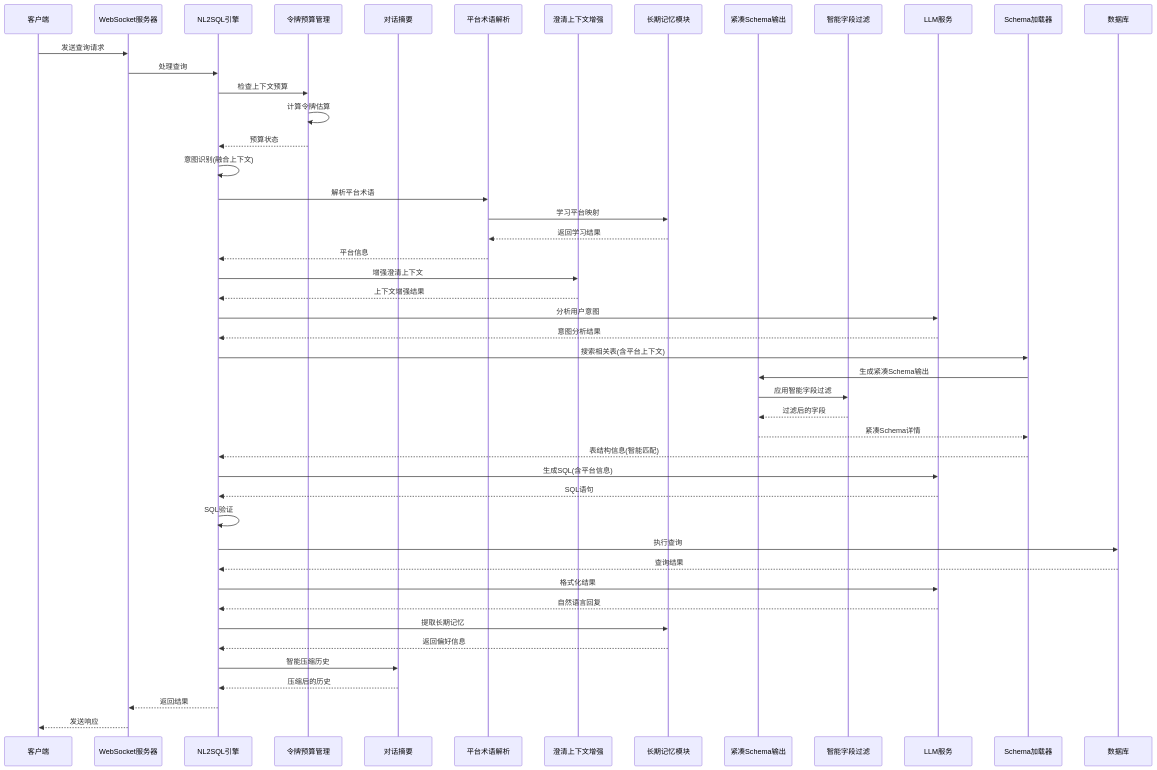
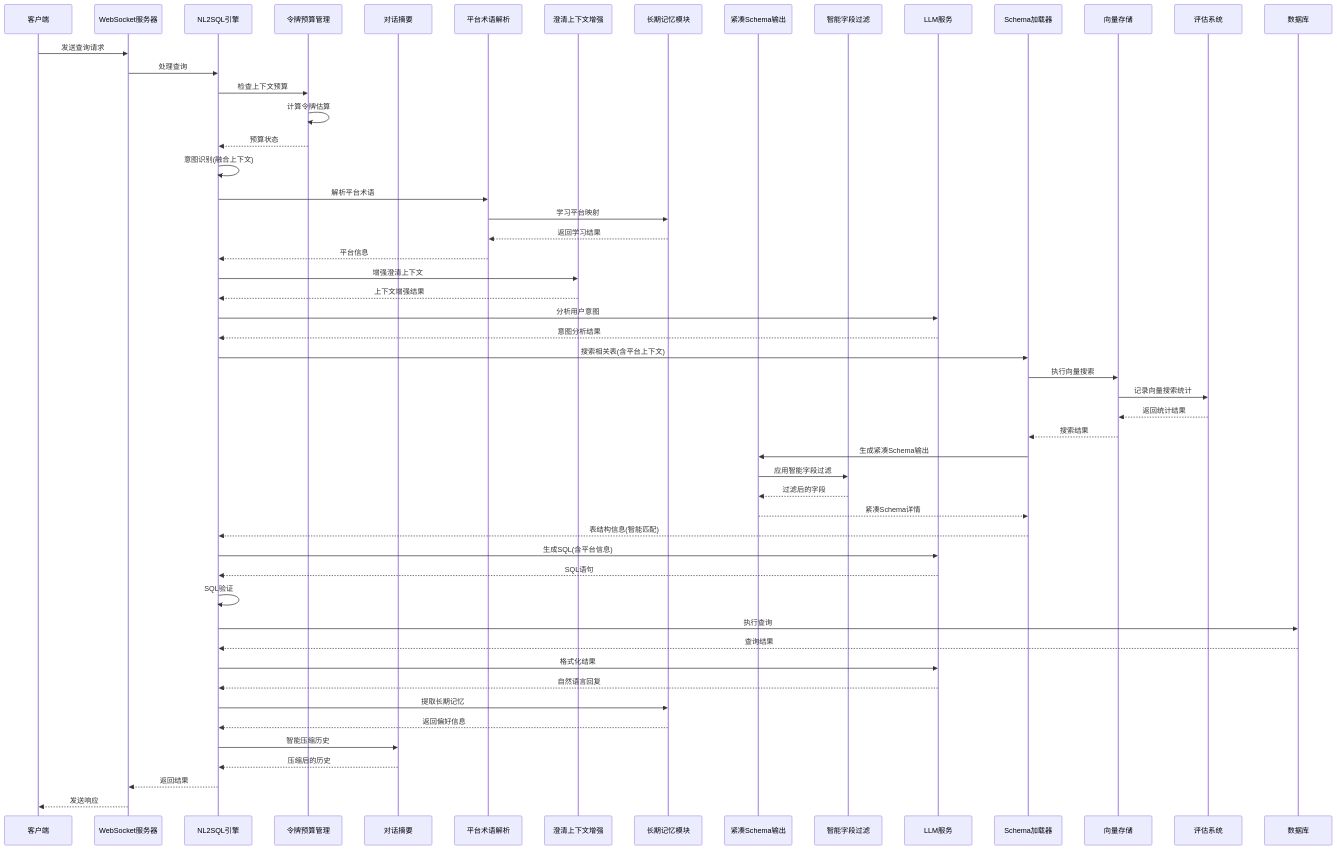
One commit to HanHuiOnLine/724-office changed the third of 32 diagrams in .qoder/repowiki/zh/content/核心模块详解/NL2SQL自然语言到SQL系统/NL2SQL自然语言到SQL系统.md. Above: the diagram before and after it, drawn with Mermaid. The commit also changed other lines of this file and 200 other files, not shown here.

````diff
--- a/.qoder/repowiki/zh/content/核心模块详解/NL2SQL自然语言到SQL系统/NL2SQL自然语言到SQL系统.md
+++ b/.qoder/repowiki/zh/content/核心模块详解/NL2SQL自然语言到SQL系统/NL2SQL自然语言到SQL系统.md
@@ -342,49 +382,55 @@
 ```mermaid
 sequenceDiagram
 participant Client as 客户端
 participant WS as WebSocket服务器
 participant Engine as NL2SQL引擎
 participant Budget as 令牌预算管理
 participant Summarize as 对话摘要
 participant Platform as 平台术语解析
 participant Context as 澄清上下文增强
 participant Memory as 长期记忆模块
 participant CompactSchema as 紧凑Schema输出
 participant FieldFilter as 智能字段过滤
 participant LLM as LLM服务
 participant Schema as Schema加载器
+participant Vector as 向量存储
+participant Eval as 评估系统
 participant DB as 数据库
 Client->>WS : 发送查询请求
 WS->>Engine : 处理查询
 Engine->>Budget : 检查上下文预算
 Budget->>Budget : 计算令牌估算
 Budget-->>Engine : 预算状态
 Engine->>Engine : 意图识别(融合上下文)
 Engine->>Platform : 解析平台术语
 Platform->>Memory : 学习平台映射
 Memory-->>Platform : 返回学习结果
 Platform-->>Engine : 平台信息
 Engine->>Context : 增强澄清上下文
 Context-->>Engine : 上下文增强结果
 Engine->>LLM : 分析用户意图
 LLM-->>Engine : 意图分析结果
 Engine->>Schema : 搜索相关表(含平台上下文)
+Schema->>Vector : 执行向量搜索
+Vector->>Eval : 记录向量搜索统计
+Eval-->>Vector : 返回统计结果
+Vector-->>Schema : 搜索结果
 Schema->>CompactSchema : 生成紧凑Schema输出
 CompactSchema->>FieldFilter : 应用智能字段过滤
 FieldFilter-->>CompactSchema : 过滤后的字段
 CompactSchema-->>Schema : 紧凑Schema详情
 Schema-->>Engine : 表结构信息(智能匹配)
 Engine->>LLM : 生成SQL(含平台信息)
 LLM-->>Engine : SQL语句
 Engine->>Engine : SQL验证
 Engine->>DB : 执行查询
 DB-->>Engine : 查询结果
 Engine->>LLM : 格式化结果
 LLM-->>Engine : 自然语言回复
 Engine->>Memory : 提取长期记忆
 Memory-->>Engine : 返回偏好信息
 Engine->>Summarize : 智能压缩历史
 Summarize-->>Engine : 压缩后的历史
 Engine-->>WS : 返回结果
 WS-->>Client : 发送响应
 ```
````
